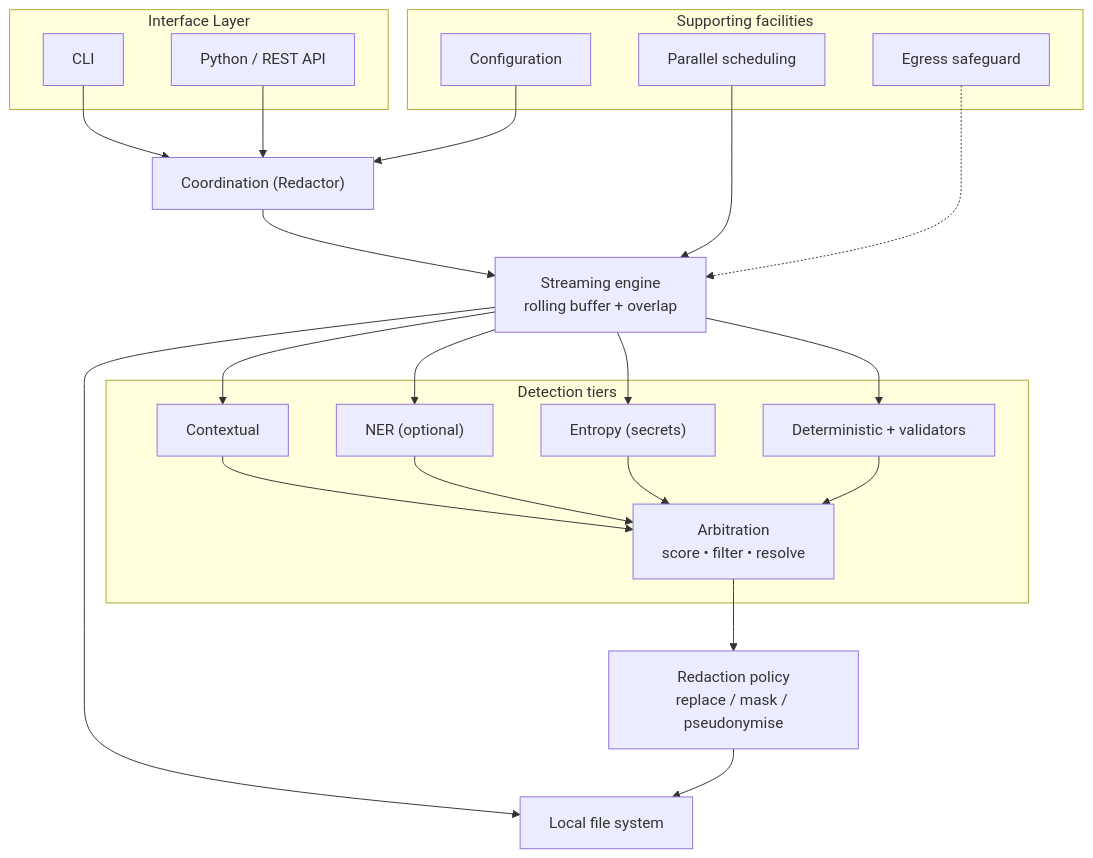
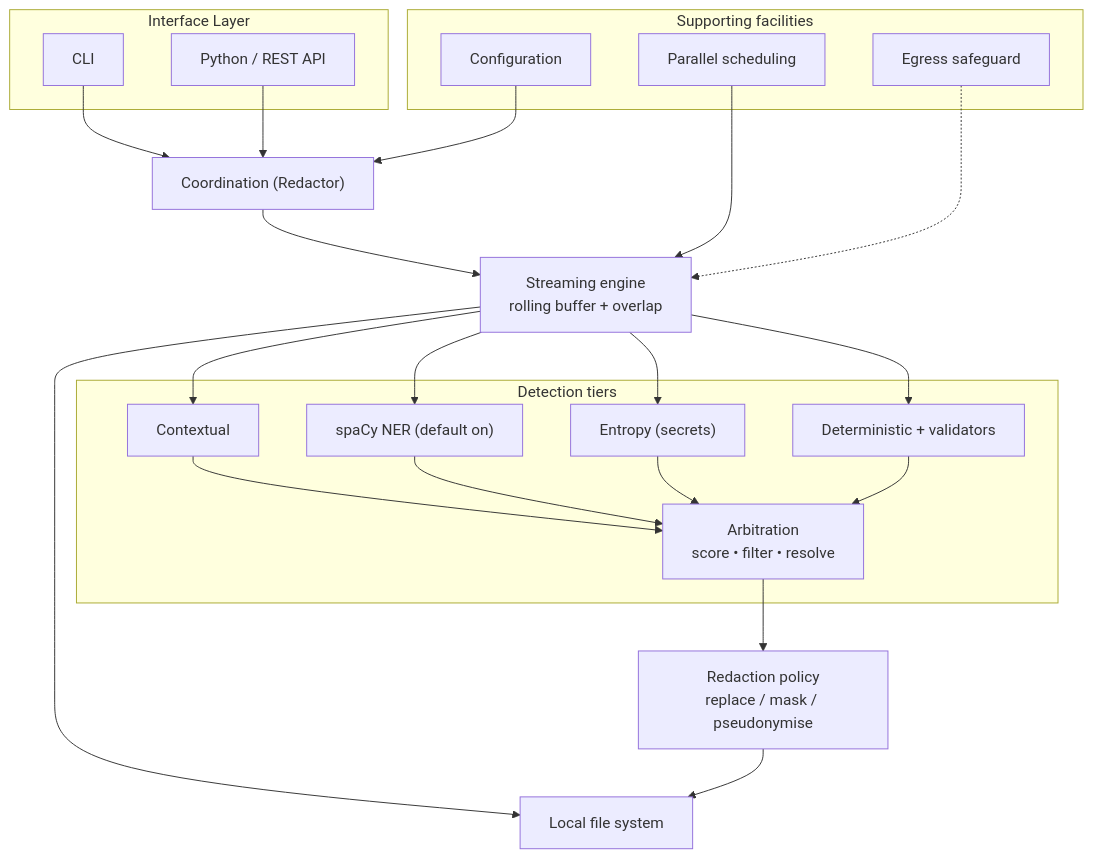
One commit to MounishSenisetty/SafeStream-Redactor changed the diagram in README.md. Above: the diagram before and after it, drawn with Mermaid. The commit also changed other lines of this file and 33 other files, not shown here.

````diff
--- a/README.md
+++ b/README.md
@@ -372,34 +370,34 @@
 ```mermaid
 flowchart TB
     subgraph Interface["Interface Layer"]
         CLI["CLI"]
         API["Python / REST API"]
     end
     subgraph Support["Supporting facilities"]
         Config["Configuration"]
         Sched["Parallel scheduling"]
         Egress["Egress safeguard"]
     end
     Task["Coordination (Redactor)"]
     Stream["Streaming engine<br/>rolling buffer + overlap"]
     subgraph Detection["Detection tiers"]
         Det["Deterministic + validators"]
         Ent["Entropy (secrets)"]
-        NER["NER (optional)"]
+        NER["spaCy NER (default on)"]
         Ctx["Contextual"]
         Arb["Arbitration<br/>score • filter • resolve"]
     end
     Redact["Redaction policy<br/>replace / mask / pseudonymise"]
     Local["Local file system"]
 
     CLI --> Task
     API --> Task
     Config --> Task
     Sched --> Stream
     Egress -.-> Stream
     Task --> Stream
     Stream --> Det & Ent & NER & Ctx
     Det & Ent & NER & Ctx --> Arb
     Arb --> Redact --> Local
     Stream --> Local
 ```
````
